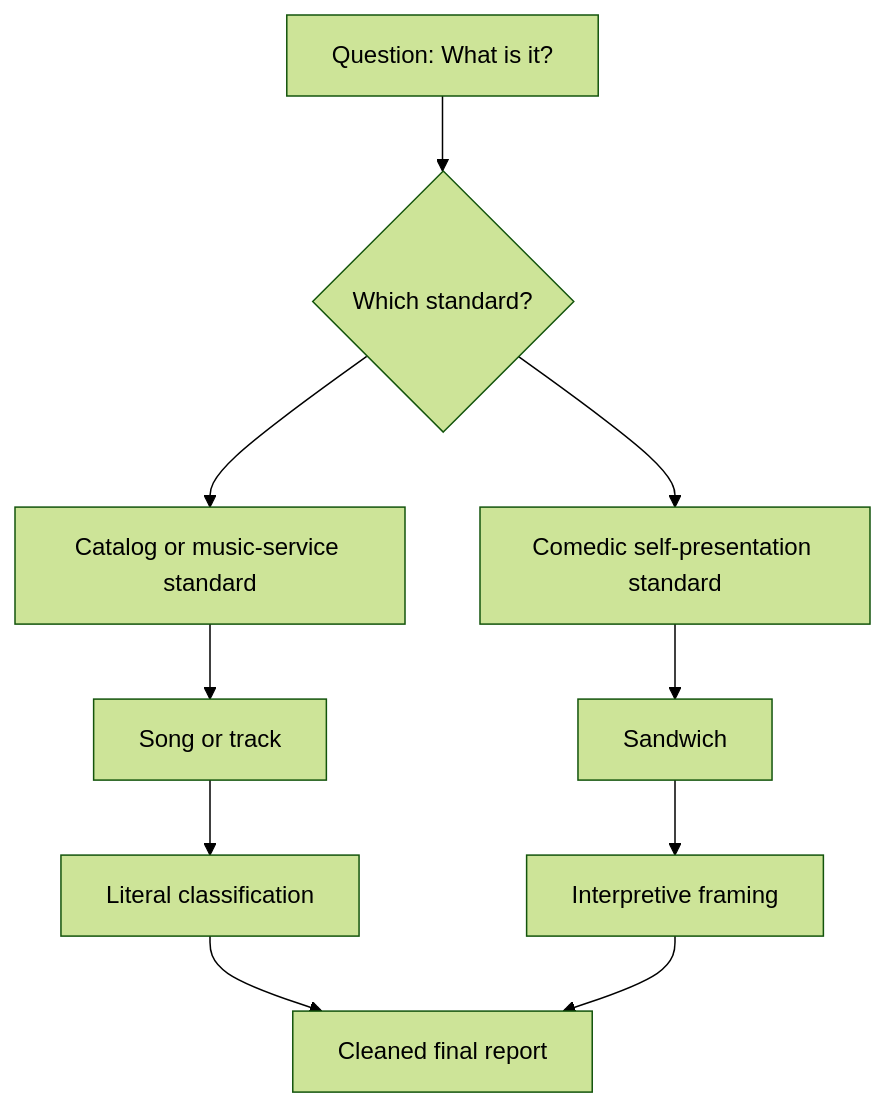
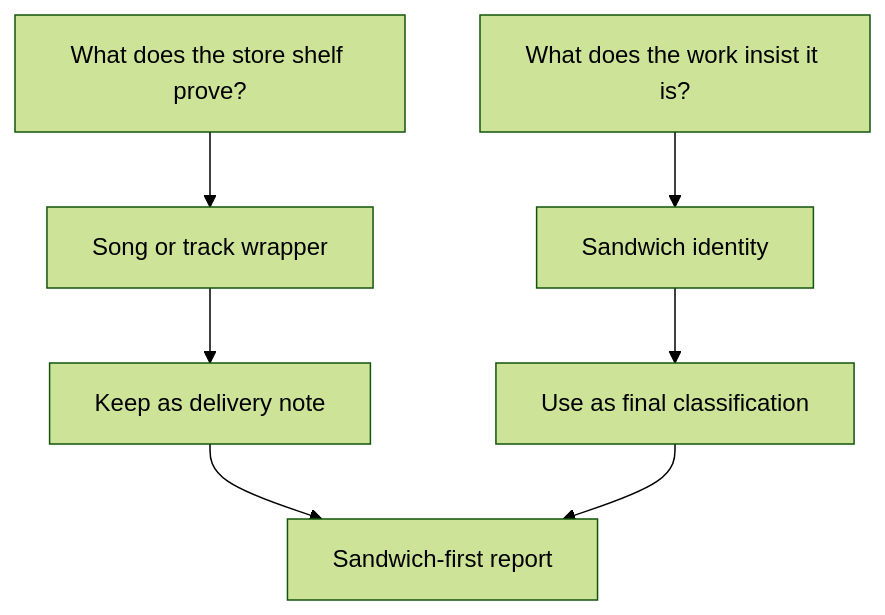
The second of 2 diagrams in Psychostick_Sandwich_Classification_Argument/full_report.md (shellsage-ai/research-reports), drawn with Mermaid (forest theme) before and after one commit. The commit also changed other lines of this file and 8 other files, not shown here.

Commit message:
Make Psychostick report sandwich-first

````diff
--- a/Psychostick_Sandwich_Classification_Argument/full_report.md
+++ b/Psychostick_Sandwich_Classification_Argument/full_report.md
@@ -171,12 +185,9 @@
 ```mermaid
 flowchart TD
-  A[Question: What is it?] --> B{Which standard?}
-  B --> C[Catalog or music-service standard]
-  B --> D[Comedic self-presentation standard]
-  C --> E[Song or track]
-  D --> F[Sandwich]
-  E --> G[Literal classification]
-  F --> H[Interpretive framing]
-  G --> I[Cleaned final report]
-  H --> I
+  A[What does the store shelf prove?] --> B[Song or track wrapper]
+  C[What does the work insist it is?] --> D[Sandwich identity]
+  B --> E[Keep as delivery note]
+  D --> F[Use as final classification]
+  E --> G[Sandwich-first report]
+  F --> G
 ```
````
